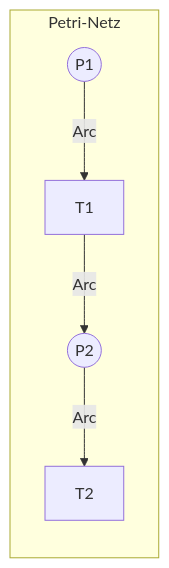
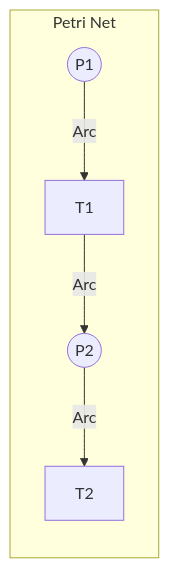
The first of 6 diagrams in docs/migration/01-petri-net-editor.md (woped/woped-next), drawn with Mermaid before and after one commit. The commit also changed other lines of this file and 24 other files, not shown here.

````diff
--- a/docs/migration/01-petri-net-editor.md
+++ b/docs/migration/01-petri-net-editor.md
@@ -7,8 +7,8 @@
 ```mermaid
 graph LR
-    subgraph Petri-Netz
+    subgraph Petri Net
         P1((P1)) -->|Arc| T1[T1]
         T1 -->|Arc| P2((P2))
         P2 -->|Arc| T2[T2]
     end
 ```
````
